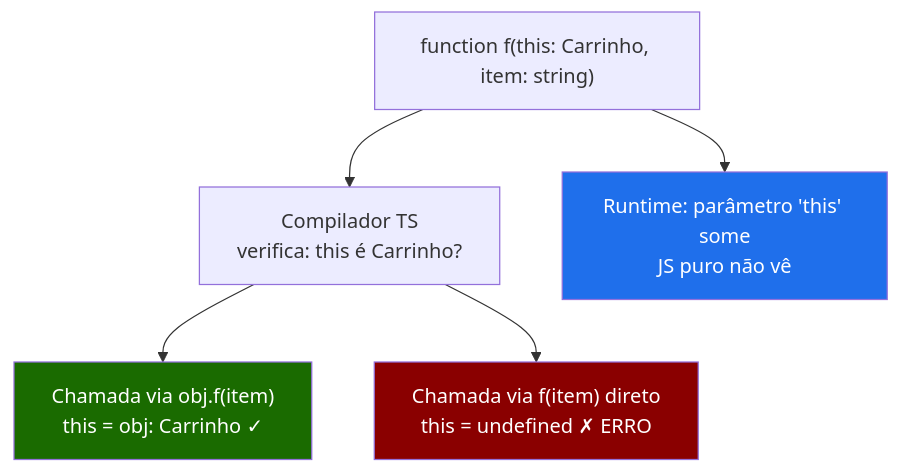
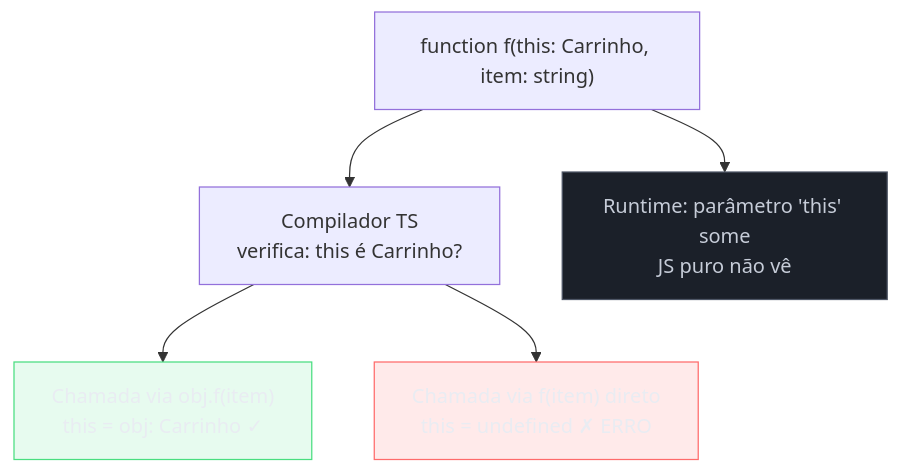
Before and after one commit to josenaldo/codex-technomanticus: the second of 4 diagrams in 03-Dominios/Tecnologia/TypeScript/10 - Tipando funções - assinaturas, overloads, contextual typing.md, drawn with Mermaid. The commit also changed other lines of this file and 1181 other files, not shown here.

First line of the commit message:
fix(diagramas): paleta do sistema no lugar de cor cravada no markdown

````diff
--- a/03-Dominios/Tecnologia/TypeScript/10 - Tipando funções - assinaturas, overloads, contextual typing.md
+++ b/03-Dominios/Tecnologia/TypeScript/10 - Tipando funções - assinaturas, overloads, contextual typing.md
@@ -260,17 +260,20 @@
 ```mermaid
 flowchart TD
+    classDef ok fill:#4ADE8021,stroke:#4ADE80,color:#E9ECF2
+    classDef falha fill:#FF6B6B24,stroke:#FF6B6B,color:#E9ECF2
+    classDef neutro fill:#1B2029,stroke:#4E5666,color:#C6CCD8
     DEF["function f(this: Carrinho, item: string)"]
     COMP["Compilador TS\nverifica: this é Carrinho?"]
     OK["Chamada via obj.f(item)\nthis = obj: Carrinho ✓"]
     ERR["Chamada via f(item) direto\nthis = undefined ✗ ERRO"]
     RUN["Runtime: parâmetro 'this' some\nJS puro não vê"]
 
     DEF --> COMP
     COMP --> OK
     COMP --> ERR
     DEF --> RUN
 
-    style OK fill:#1a6b00,color:#fff
-    style ERR fill:#8a0000,color:#fff
-    style RUN fill:#1f6feb,color:#fff
+    class OK ok
+    class ERR falha
+    class RUN neutro
 ```
````
